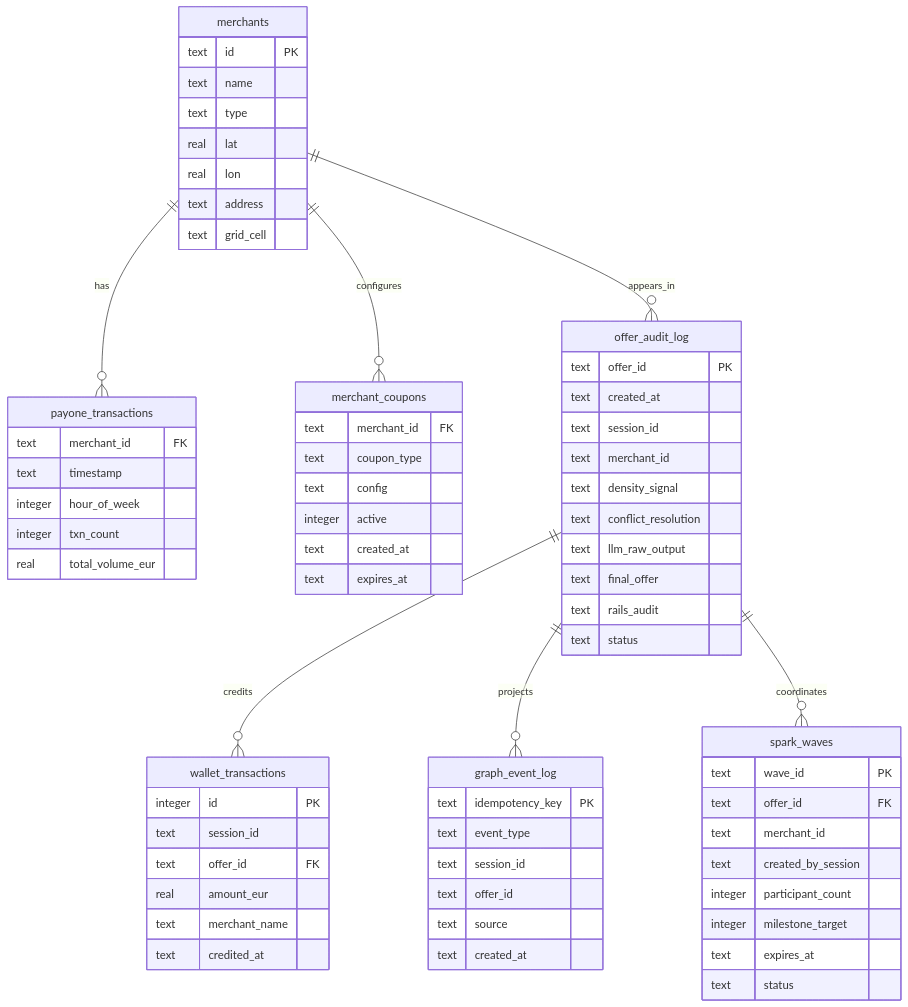
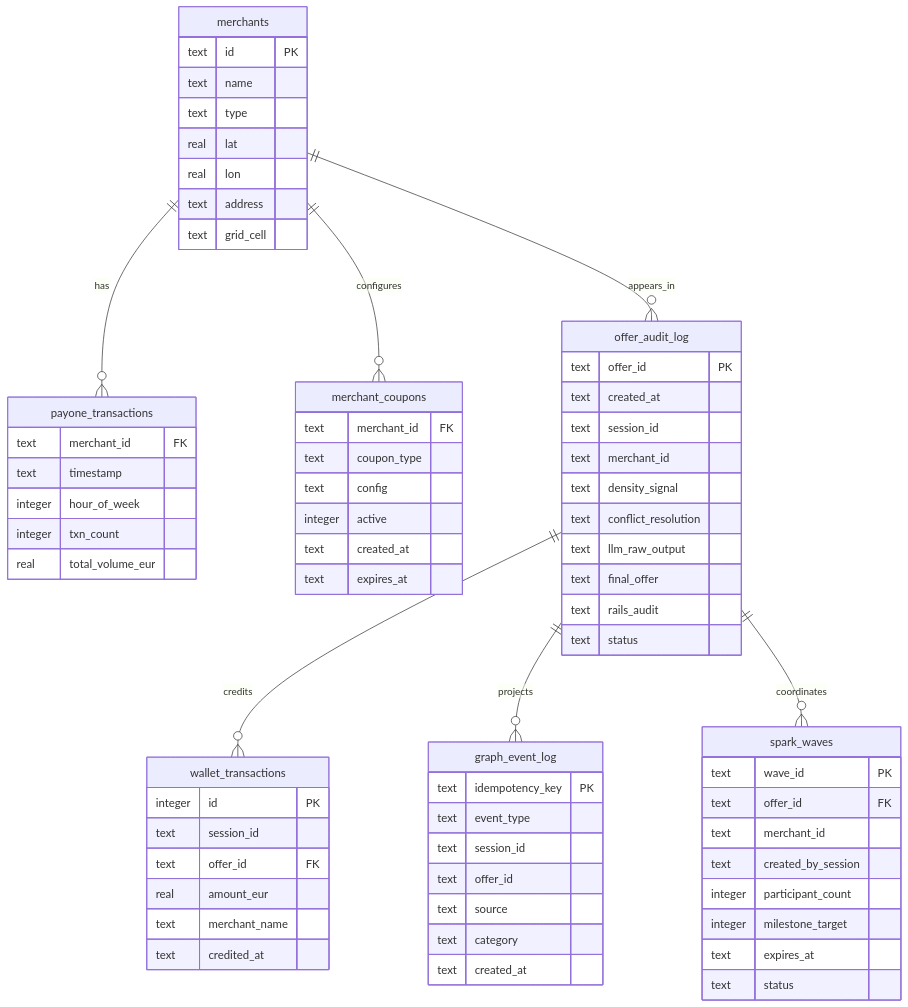
One commit to larsboes/Generative-City-Wallet changed the second of 4 diagrams in docs/DATA-MODEL.md. Above: the diagram before and after it, drawn with Mermaid. The commit also changed other lines of this file and 39 other files, not shown here.

````diff
--- a/docs/DATA-MODEL.md
+++ b/docs/DATA-MODEL.md
@@ -204,78 +205,79 @@
 ```mermaid
 erDiagram
   merchants ||--o{ payone_transactions : has
   merchants ||--o{ merchant_coupons : configures
   merchants ||--o{ offer_audit_log : appears_in
   offer_audit_log ||--o{ wallet_transactions : credits
   offer_audit_log ||--o{ graph_event_log : projects
   offer_audit_log ||--o{ spark_waves : coordinates
 
   merchants {
     text id PK
     text name
     text type
     real lat
     real lon
     text address
     text grid_cell
   }
 
   payone_transactions {
     text merchant_id FK
     text timestamp
     integer hour_of_week
     integer txn_count
     real total_volume_eur
   }
 
   merchant_coupons {
     text merchant_id FK
     text coupon_type
     text config
     integer active
     text created_at
     text expires_at
   }
 
   offer_audit_log {
     text offer_id PK
     text created_at
     text session_id
     text merchant_id
     text density_signal
     text conflict_resolution
     text llm_raw_output
     text final_offer
     text rails_audit
     text status
   }
 
   wallet_transactions {
     integer id PK
     text session_id
     text offer_id FK
     real amount_eur
     text merchant_name
     text credited_at
   }
 
   graph_event_log {
     text idempotency_key PK
     text event_type
     text session_id
     text offer_id
     text source
+    text category
     text created_at
   }
 
   spark_waves {
     text wave_id PK
     text offer_id FK
     text merchant_id
     text created_by_session
     integer participant_count
     integer milestone_target
     text expires_at
     text status
   }
 ```
````
